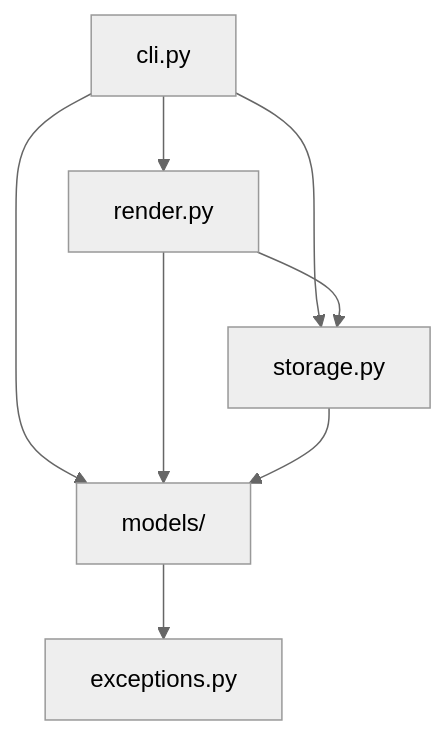
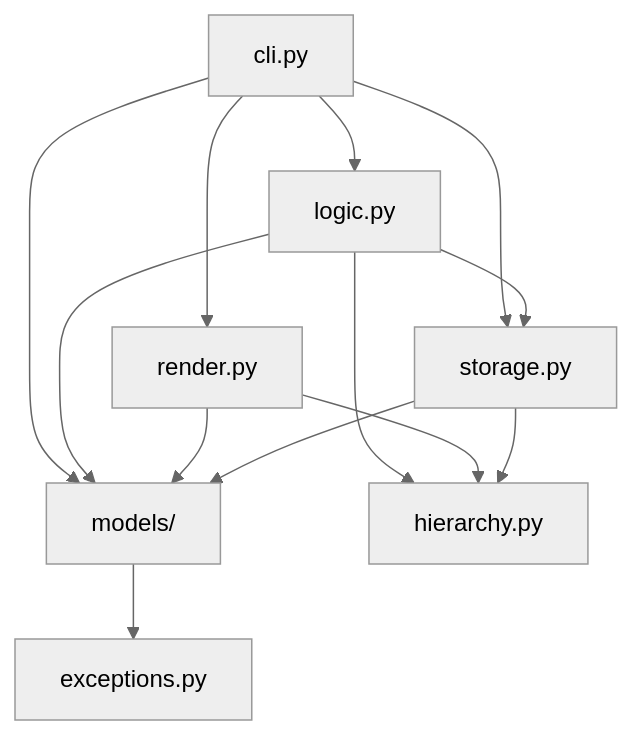
One commit to calvinmcelvain/taskli changed the diagram in .claude/ARCHITECTURE.md. Above: the diagram before and after it, drawn with Mermaid (neutral theme). The commit also changed other lines of this file and 9 other files, not shown here.

First line of the commit message:
refactor: Split render/storage and add a logic orchestration layer (#83)

````diff
--- a/.claude/ARCHITECTURE.md
+++ b/.claude/ARCHITECTURE.md
@@ -39,10 +59,15 @@
 ```mermaid
 flowchart TD
-    cli[cli.py] --> render[render.py]
+    cli[cli.py] --> logic[logic.py]
+    cli --> render[render.py]
     cli --> storage[storage.py]
     cli --> models[models/]
-    render --> storage
+    logic --> storage[storage.py]
+    logic --> models
+    logic --> hierarchy[hierarchy.py]
     render --> models
+    render --> hierarchy
     storage --> models
+    storage --> hierarchy
     models --> exc[exceptions.py]
 ```
````
